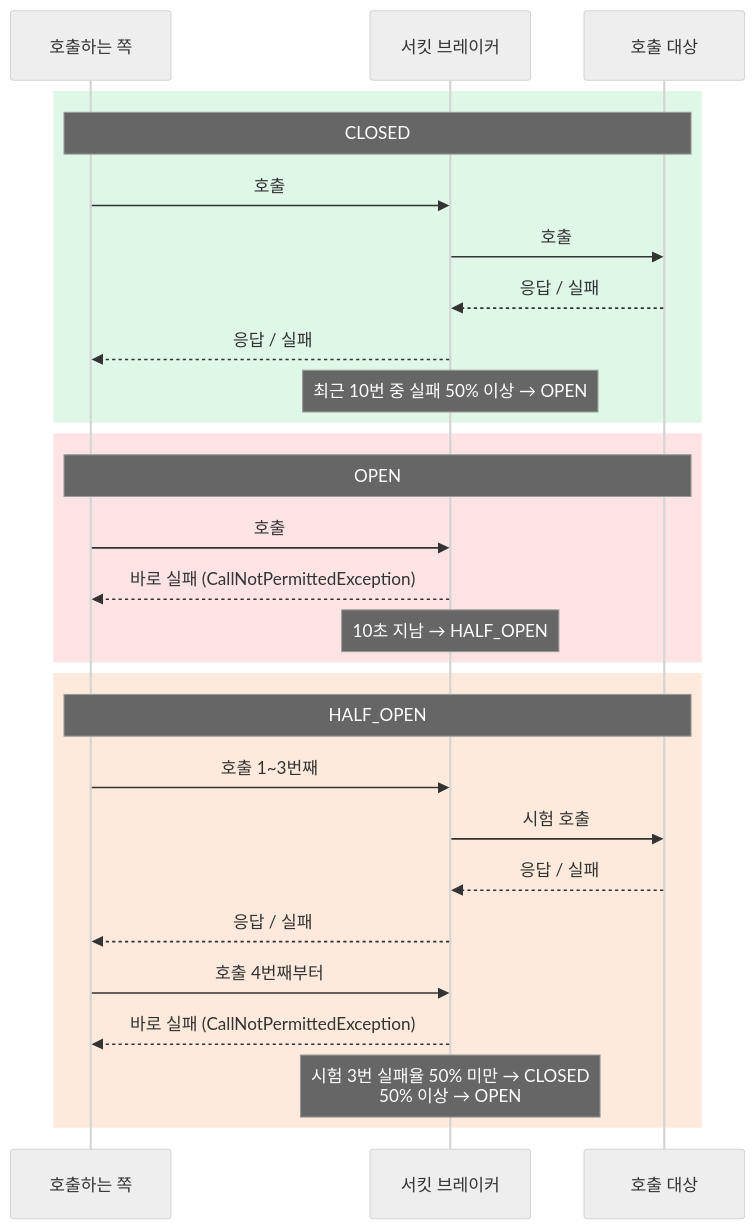
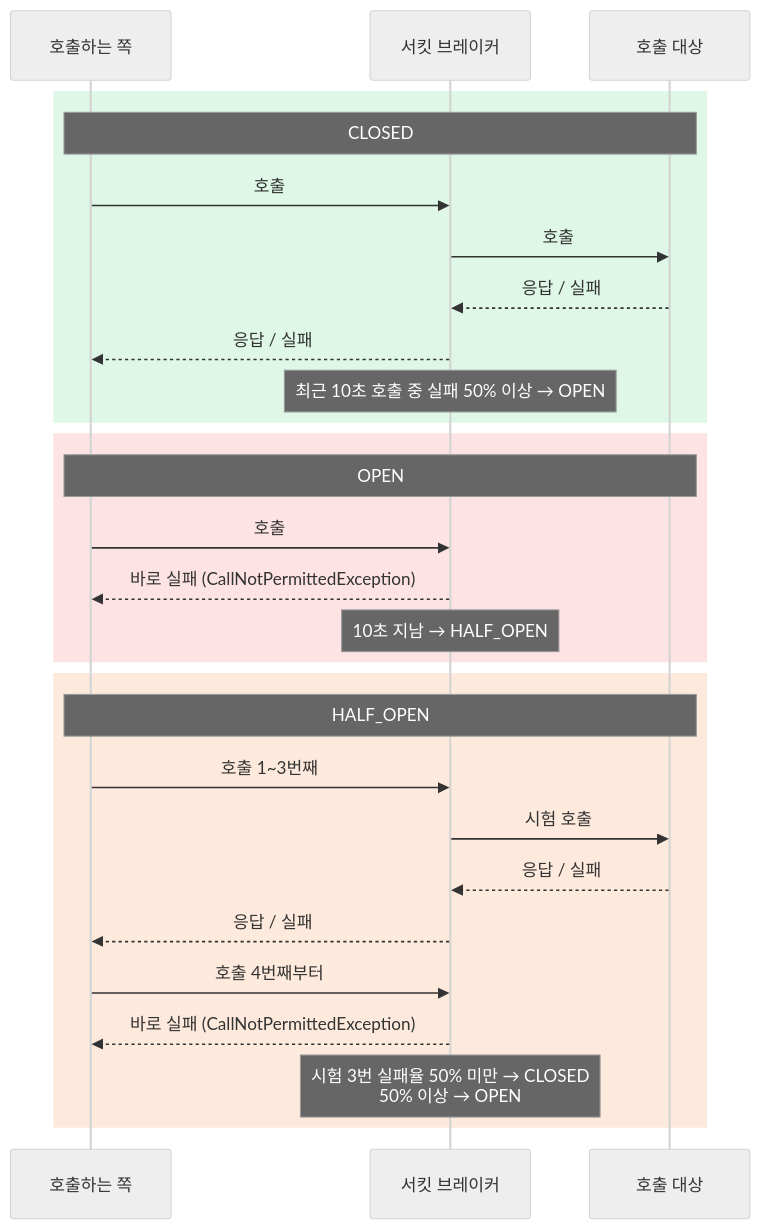
One commit to rivertw777/ModuDrive-API changed the first of 5 diagrams in .docs/spec/006-resilience-spec.md. Above: the diagram before and after it, drawn with Mermaid (neutral theme). The commit also changed other lines of this file and 3 other files, not shown here.

````diff
--- a/.docs/spec/006-resilience-spec.md
+++ b/.docs/spec/006-resilience-spec.md
@@ -42,33 +42,33 @@
 ```mermaid
 sequenceDiagram
     participant C as 호출하는 쪽
     participant CB as 서킷 브레이커
     participant S as 호출 대상
 
     rect rgba(34, 197, 94, 0.15)
     Note over C,S: CLOSED
     C->>CB: 호출
     CB->>S: 호출
     S-->>CB: 응답 / 실패
     CB-->>C: 응답 / 실패
-    Note over CB: 최근 10번 중 실패 50% 이상 → OPEN
+    Note over CB: 최근 10초 호출 중 실패 50% 이상 → OPEN
     end
 
     rect rgba(239, 68, 68, 0.15)
     Note over C,S: OPEN
     C->>CB: 호출
     CB-->>C: 바로 실패 (CallNotPermittedException)
     Note over CB: 10초 지남 → HALF_OPEN
     end
 
     rect rgba(249, 115, 22, 0.15)
     Note over C,S: HALF_OPEN
     C->>CB: 호출 1~3번째
     CB->>S: 시험 호출
     S-->>CB: 응답 / 실패
     CB-->>C: 응답 / 실패
     C->>CB: 호출 4번째부터
     CB-->>C: 바로 실패 (CallNotPermittedException)
     Note over CB: 시험 3번 실패율 50% 미만 → CLOSED<br/>50% 이상 → OPEN
     end
 ```
````
